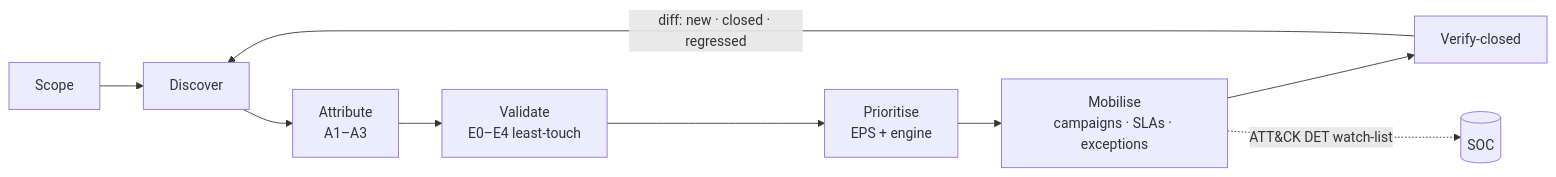
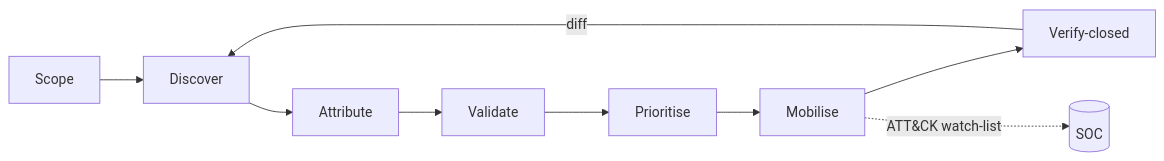
Before and after one commit to d6falcon/outside-in: the diagram in README.md, drawn with Mermaid. The commit also changed other lines of this file and 1 other file, not shown here.

````diff
--- a/README.md
+++ b/README.md
@@ -41,6 +27,6 @@
 ```mermaid
 flowchart LR
-  S[Scope] --> D[Discover] --> A[Attribute<br/>A1–A3] --> V[Validate<br/>E0–E4 least-touch] --> P[Prioritise<br/>EPS + engine] --> M[Mobilise<br/>campaigns · SLAs · exceptions] --> C[Verify-closed]
-  C -- "diff: new · closed · regressed" --> D
-  M -. "ATT&CK DET watch-list" .-> SOC[(SOC)]
+  S[Scope] --> D[Discover] --> A[Attribute] --> V[Validate] --> P[Prioritise] --> M[Mobilise] --> C[Verify-closed]
+  C -- "diff" --> D
+  M -. "ATT&CK watch-list" .-> SOC[(SOC)]
 ```
````
